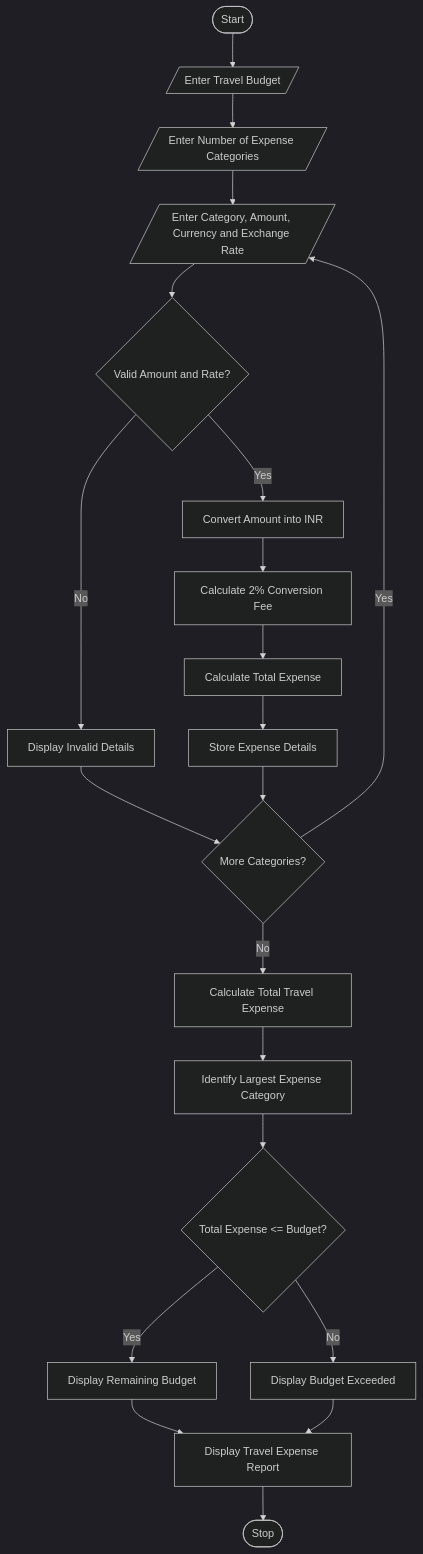
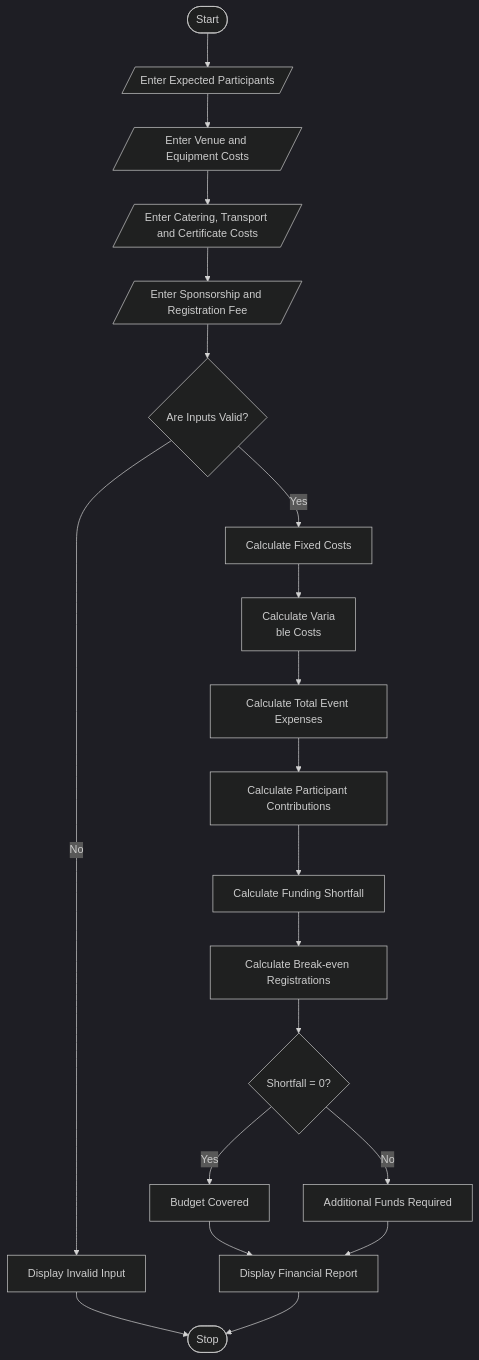
The diagram in taskten/code.md (chary25072008/Python-Activity-Based-Learning), drawn with Mermaid (dark theme) before and after one commit. The commit also changed other lines of this file, not shown here.

````diff
--- a/taskten/code.md
+++ b/taskten/code.md
@@ -79,25 +73,24 @@
  ```mermaid
-
        
     flowchart TD
-    A([Start]) --> B[/Enter Travel Budget/]
-    B --> C[/Enter Number of Expense Categories/]
-    C --> D[/Enter Category, Amount, Currency and Exchange Rate/]
-    D --> E{Valid Amount and Rate?}
-    E -- No --> F[Display Invalid Details]
-    E -- Yes --> G[Convert Amount into INR]
-    G --> H[Calculate 2% Conversion Fee]
-    H --> I[Calculate Total Expense]
-    I --> J[Store Expense Details]
-    F --> K{More Categories?}
-    J --> K
-    K -- Yes --> D
-    K -- No --> L[Calculate Total Travel Expense]
-    L --> M[Identify Largest Expense Category]
-    M --> N{Total Expense <= Budget?}
-    N -- Yes --> O[Display Remaining Budget]
-    N -- No --> P[Display Budget Exceeded]
-    O --> Q[Display Travel Expense Report]
+    A([Start]) --> B[/Enter Expected Participants/]
+    B --> C[/Enter Venue and Equipment Costs/]
+    C --> D[/Enter Catering, Transport and Certificate Costs/]
+    D --> E[/Enter Sponsorship and Registration Fee/]
+    E --> F{Are Inputs Valid?}
+    F -- No --> G[Display Invalid Input]
+    F -- Yes --> H[Calculate Fixed Costs]
+    H --> I[Calculate Varia
+    ble Costs]
+    I --> J[Calculate Total Event Expenses]
+    J --> K[Calculate Participant Contributions]
+    K --> L[Calculate Funding Shortfall]
+    L --> M[Calculate Break-even Registrations]
+    M --> N{Shortfall = 0?}
+    N -- Yes --> O[Budget Covered]
+    N -- No --> P[Additional Funds Required]
+    O --> Q[Display Financial Report]
     P --> Q
-    Q --> R([Stop])
+    G --> R([Stop])
+    Q --> R
 ```
````
